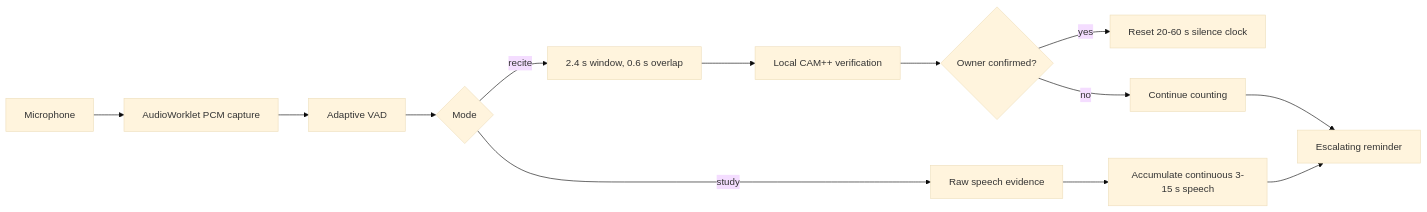
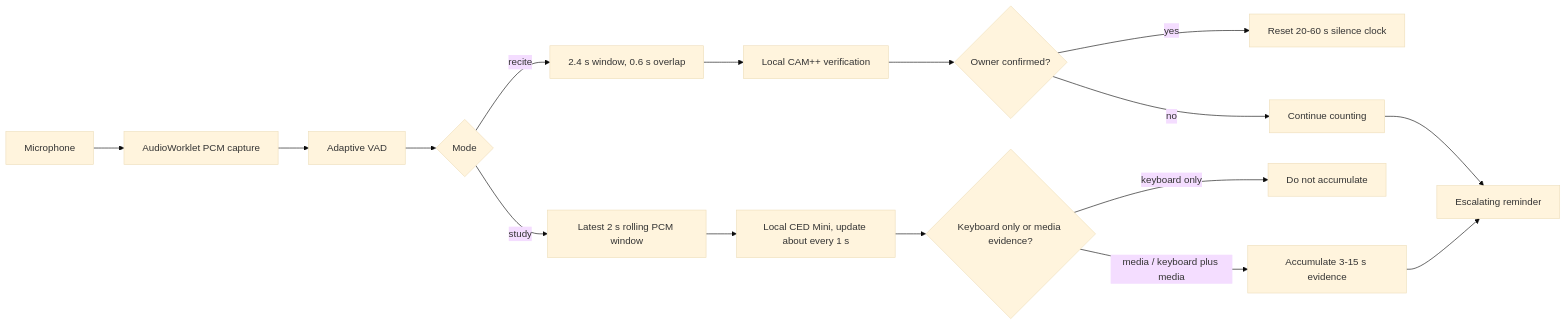
Before and after one commit to bwai0640-arch/red-watch-recite: the third of 3 diagrams in docs/ARCHITECTURE.md, drawn with Mermaid (base theme). The commit also changed other lines of this file and 22 other files, not shown here.

````diff
--- a/docs/ARCHITECTURE.md
+++ b/docs/ARCHITECTURE.md
@@ -54,15 +57,18 @@
 ```mermaid
 flowchart LR
     Mic["Microphone"] --> Worklet["AudioWorklet PCM capture"]
     Worklet --> VAD["Adaptive VAD"]
     VAD --> Mode{"Mode"}
     Mode -->|"recite"| Window["2.4 s window, 0.6 s overlap"]
     Window --> Verify["Local CAM++ verification"]
     Verify --> Owner{"Owner confirmed?"}
     Owner -->|"yes"| Reset["Reset 20-60 s silence clock"]
     Owner -->|"no"| ReciteCount["Continue counting"]
-    Mode -->|"study"| Raw["Raw speech evidence"]
-    Raw --> Quiet["Accumulate continuous 3-15 s speech"]
+    Mode -->|"study"| Roll["Latest 2 s rolling PCM window"]
+    Roll --> CED["Local CED Mini, update about every 1 s"]
+    CED --> Event{"Keyboard only or media evidence?"}
+    Event -->|"keyboard only"| Ignore["Do not accumulate"]
+    Event -->|"media / keyboard plus media"| Quiet["Accumulate 3-15 s evidence"]
     ReciteCount --> Alert["Escalating reminder"]
     Quiet --> Alert
 ```
````
